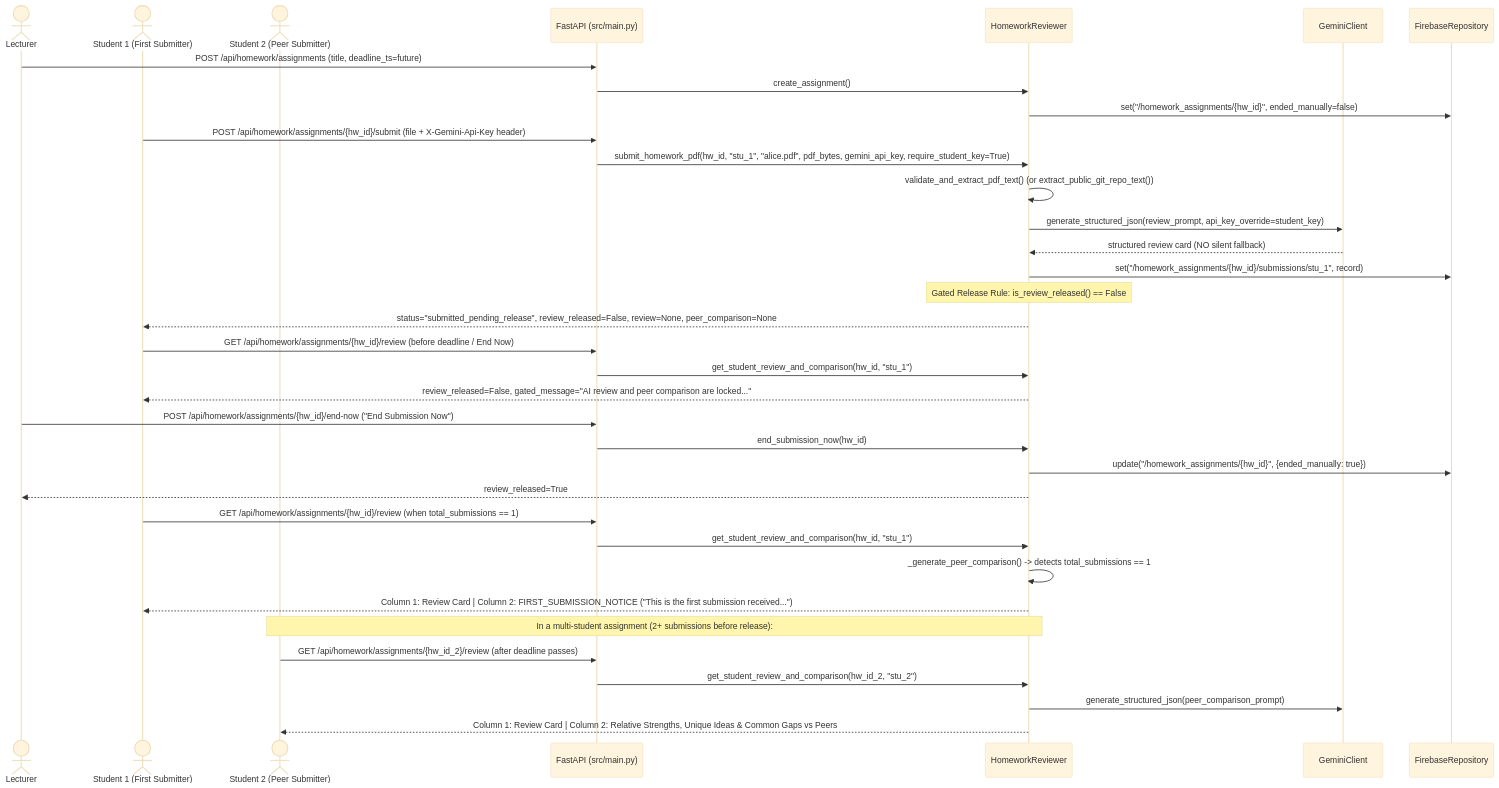
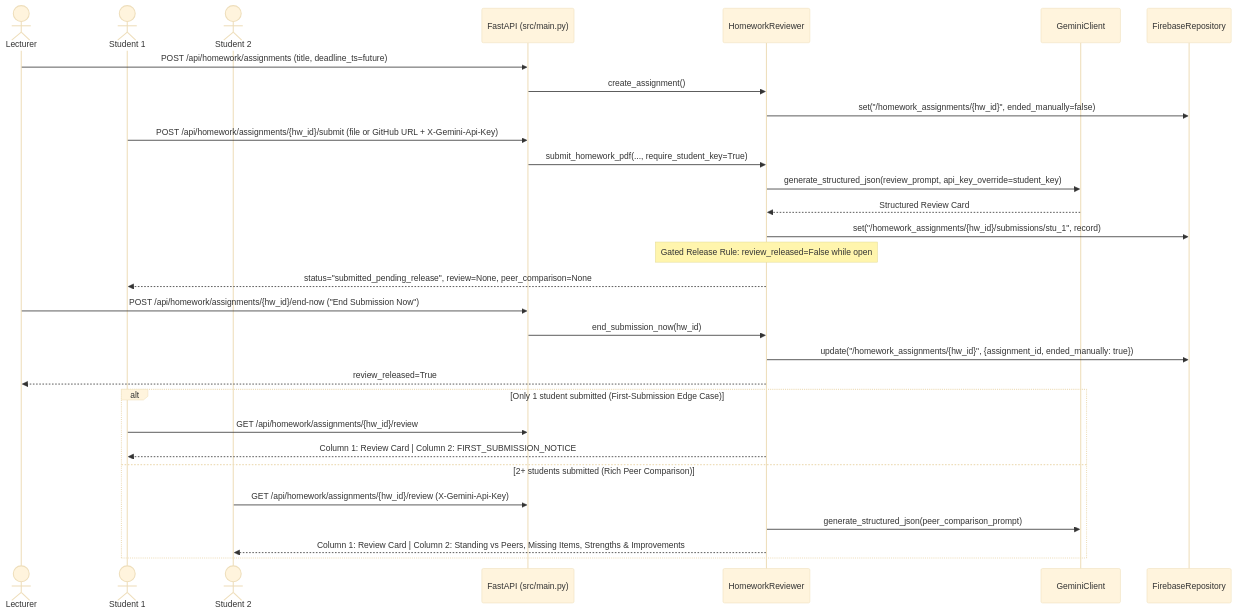
One commit to IlayOr-Chen/AI-Teaching-Assistant-Web changed the sixth of 6 diagrams in docs/05_architecture_and_diagrams.md. Above: the diagram before and after it, drawn with Mermaid (base theme). The commit also changed other lines of this file and 7 other files, not shown here.

Commit message:
docs: synchronize README.md and all docs/01-07 deliverables to final implementation with verified diagrams and portable links (Refs #15)

````diff
--- a/docs/05_architecture_and_diagrams.md
+++ b/docs/05_architecture_and_diagrams.md
@@ -416,43 +438,36 @@
 ```mermaid
 sequenceDiagram
     actor Lecturer
-    actor Student1 as Student 1 (First Submitter)
-    actor Student2 as Student 2 (Peer Submitter)
+    actor Student1 as Student 1
+    actor Student2 as Student 2
     participant API as FastAPI (src/main.py)
     participant HW as HomeworkReviewer
     participant Gem as GeminiClient
     participant DB as FirebaseRepository
 
     Lecturer->>API: POST /api/homework/assignments (title, deadline_ts=future)
     API->>HW: create_assignment()
     HW->>DB: set("/homework_assignments/{hw_id}", ended_manually=false)
 
-    Student1->>API: POST /api/homework/assignments/{hw_id}/submit (file + X-Gemini-Api-Key header)
-    API->>HW: submit_homework_pdf(hw_id, "stu_1", "alice.pdf", pdf_bytes, gemini_api_key, require_student_key=True)
-    HW->>HW: validate_and_extract_pdf_text() (or extract_public_git_repo_text())
+    Student1->>API: POST /api/homework/assignments/{hw_id}/submit (file or GitHub URL + X-Gemini-Api-Key)
+    API->>HW: submit_homework_pdf(..., require_student_key=True)
     HW->>Gem: generate_structured_json(review_prompt, api_key_override=student_key)
-    Gem-->>HW: structured review card (NO silent fallback)
+    Gem-->>HW: Structured Review Card
     HW->>DB: set("/homework_assignments/{hw_id}/submissions/stu_1", record)
-    Note over HW: Gated Release Rule: is_review_released() == False
-    HW-->>Student1: status="submitted_pending_release", review_released=False, review=None, peer_comparison=None
-
-    Student1->>API: GET /api/homework/assignments/{hw_id}/review (before deadline / End Now)
-    API->>HW: get_student_review_and_comparison(hw_id, "stu_1")
-    HW-->>Student1: review_released=False, gated_message="AI review and peer comparison are locked..."
+    Note over HW: Gated Release Rule: review_released=False while open
+    HW-->>Student1: status="submitted_pending_release", review=None, peer_comparison=None
 
     Lecturer->>API: POST /api/homework/assignments/{hw_id}/end-now ("End Submission Now")
     API->>HW: end_submission_now(hw_id)
-    HW->>DB: update("/homework_assignments/{hw_id}", {ended_manually: true})
+    HW->>DB: update("/homework_assignments/{hw_id}", {assignment_id, ended_manually: true})
     HW-->>Lecturer: review_released=True
 
-    Student1->>API: GET /api/homework/assignments/{hw_id}/review (when total_submissions == 1)
-    API->>HW: get_student_review_and_comparison(hw_id, "stu_1")
-    HW->>HW: _generate_peer_comparison() -> detects total_submissions == 1
-    HW-->>Student1: Column 1: Review Card | Column 2: FIRST_SUBMISSION_NOTICE ("This is the first submission received...")
-
-    Note over Student2,HW: In a multi-student assignment (2+ submissions before release):
-    Student2->>API: GET /api/homework/assignments/{hw_id_2}/review (after deadline passes)
-    API->>HW: get_student_review_and_comparison(hw_id_2, "stu_2")
-    HW->>Gem: generate_structured_json(peer_comparison_prompt)
-    HW-->>Student2: Column 1: Review Card | Column 2: Relative Strengths, Unique Ideas & Common Gaps vs Peers
+    alt Only 1 student submitted (First-Submission Edge Case)
+        Student1->>API: GET /api/homework/assignments/{hw_id}/review
+        HW-->>Student1: Column 1: Review Card | Column 2: FIRST_SUBMISSION_NOTICE
+    else 2+ students submitted (Rich Peer Comparison)
+        Student2->>API: GET /api/homework/assignments/{hw_id}/review (X-Gemini-Api-Key)
+        HW->>Gem: generate_structured_json(peer_comparison_prompt)
+        HW-->>Student2: Column 1: Review Card | Column 2: Standing vs Peers, Missing Items, Strengths & Improvements
+    end
 ```
````
